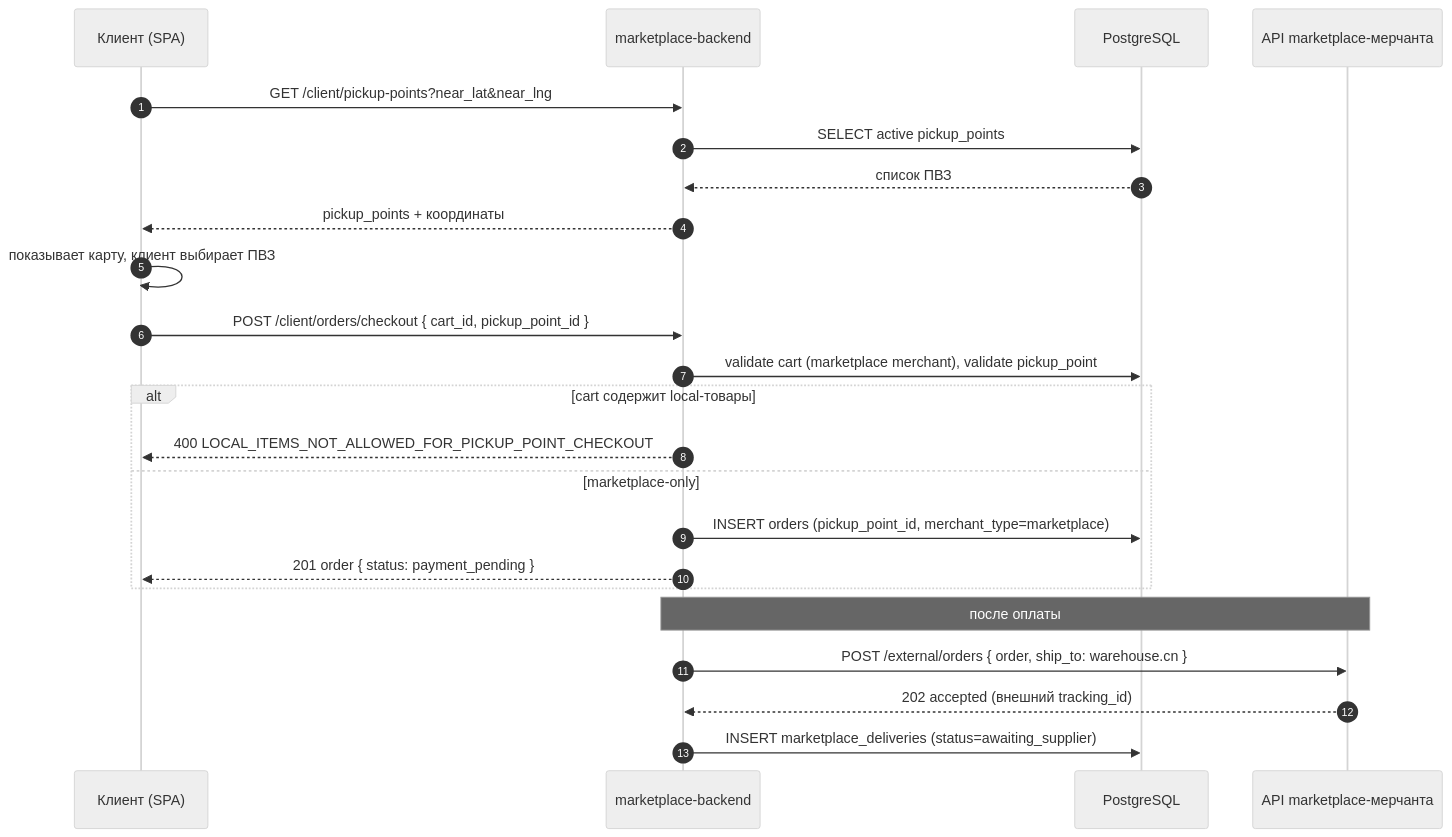
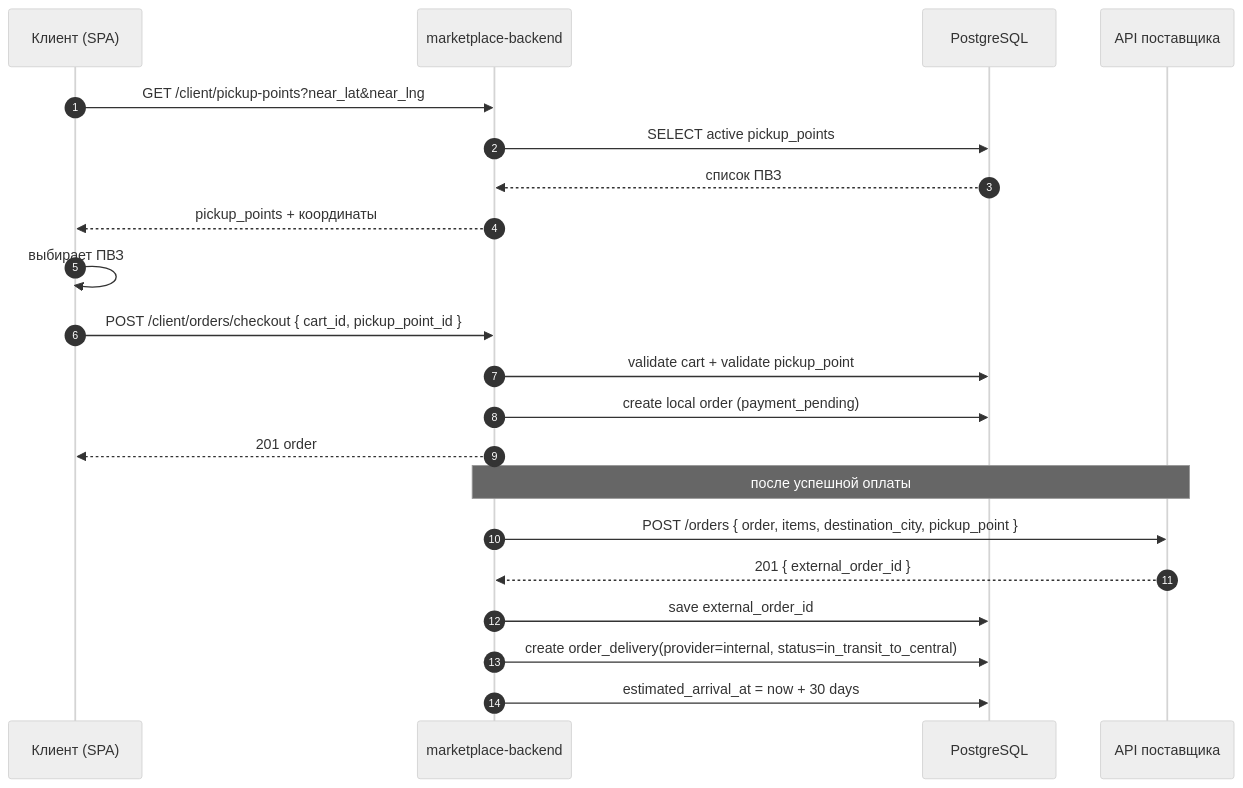
The first of 5 diagrams in plans/marketplace/marketplace-merchants-and-warehouse-network.md (secure-deal/.github), drawn with Mermaid (neutral theme) before and after one commit. The commit also changed other lines of this file, not shown here.

Commit message:
fix: flow fix

````diff
--- a/plans/marketplace/marketplace-merchants-and-warehouse-network.md
+++ b/plans/marketplace/marketplace-merchants-and-warehouse-network.md
@@ -69,29 +80,26 @@
 ```mermaid
 sequenceDiagram
   autonumber
   participant C as Клиент (SPA)
   participant API as marketplace-backend
   participant DB as PostgreSQL
-  participant M as API marketplace-мерчанта
+  participant M as API поставщика
 
   C->>API: GET /client/pickup-points?near_lat&near_lng
   API->>DB: SELECT active pickup_points
   DB-->>API: список ПВЗ
   API-->>C: pickup_points + координаты
 
-  C->>C: показывает карту, клиент выбирает ПВЗ
+  C->>C: выбирает ПВЗ
+  C->>API: POST /client/orders/checkout { cart_id, pickup_point_id }
+  API->>DB: validate cart + validate pickup_point
+  API->>DB: create local order (payment_pending)
+  API-->>C: 201 order
 
-  C->>API: POST /client/orders/checkout { cart_id, pickup_point_id }
-  API->>DB: validate cart (marketplace merchant), validate pickup_point
-  alt cart содержит local-товары
-    API-->>C: 400 LOCAL_ITEMS_NOT_ALLOWED_FOR_PICKUP_POINT_CHECKOUT
-  else marketplace-only
-    API->>DB: INSERT orders (pickup_point_id, merchant_type=marketplace)
-    API-->>C: 201 order { status: payment_pending }
-  end
-
-  Note over API,M: после оплаты
-  API->>M: POST /external/orders { order, ship_to: warehouse.cn }
-  M-->>API: 202 accepted (внешний tracking_id)
-  API->>DB: INSERT marketplace_deliveries (status=awaiting_supplier)
+  Note over API,M: после успешной оплаты
+  API->>M: POST /orders { order, items, destination_city, pickup_point }
+  M-->>API: 201 { external_order_id }
+  API->>DB: save external_order_id
+  API->>DB: create order_delivery(provider=internal, status=in_transit_to_central)
+  API->>DB: estimated_arrival_at = now + 30 days
 ```
````
